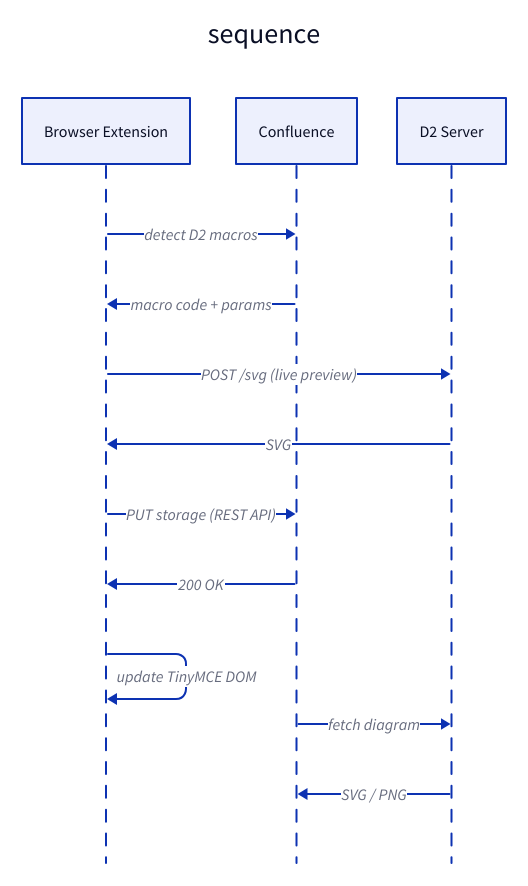
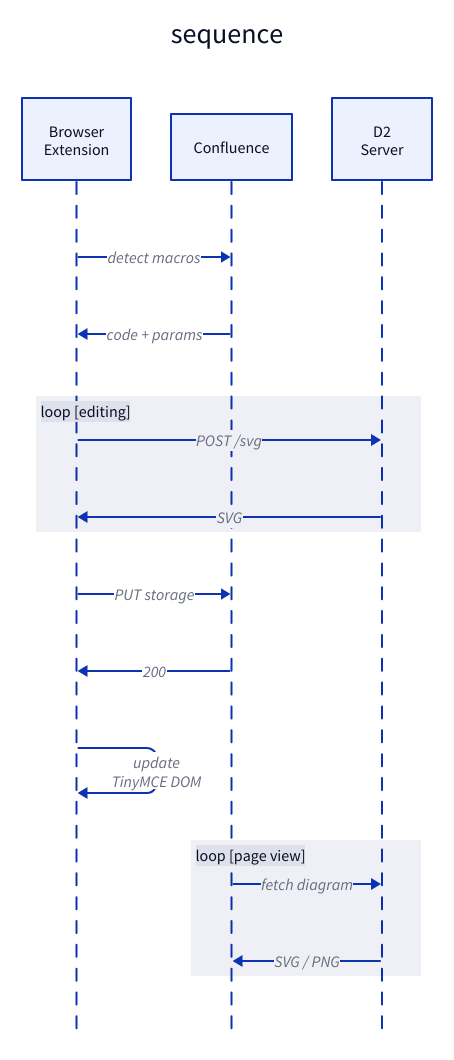
One commit to veschin/d2-web-extension changed the diagram in docs/architecture.d2. Above: the diagram before and after it, drawn with D2. The commit also changed 1 other file, not shown here.

Commit message:
docs: sequence diagram with styled actors and loop groups

```diff
--- a/docs/architecture.d2
+++ b/docs/architecture.d2
@@ -1,26 +1,32 @@
 sequence: {
   shape: sequence_diagram
 
-  ext: Browser Extension
-  confluence: Confluence
-  d2server: D2 Server
+  mf_extension: "Browser\nExtension"
+  ex_confluence: Confluence
+  j_d2_server: "D2\nServer"
 
-  # Page load
-  ext -> confluence: detect D2 macros
-  confluence -> ext: macro code + params
+  # Page load (once)
+  mf_extension -> ex_confluence: detect macros
+  ex_confluence -> mf_extension: code + params
 
-  # Edit
-  ext -> d2server: POST /svg (live preview)
-  d2server -> ext: SVG
+  # Edit loop
+  edit: {
+    label: "loop [editing]"
+    mf_extension -> j_d2_server: "POST /svg"
+    j_d2_server -> mf_extension: SVG
+  }
 
   # Save (view mode)
-  ext -> confluence: PUT storage (REST API)
-  confluence -> ext: 200 OK
+  mf_extension -> ex_confluence: "PUT storage"
+  ex_confluence -> mf_extension: 200
 
   # Save (edit mode)
-  ext -> ext: update TinyMCE DOM
+  mf_extension -> mf_extension: "update\nTinyMCE DOM"
 
-  # Without extension
-  confluence -> d2server: fetch diagram
-  d2server -> confluence: SVG / PNG
+  # Macro render (without extension)
+  render: {
+    label: "loop [page view]"
+    ex_confluence -> j_d2_server: "fetch diagram"
+    j_d2_server -> ex_confluence: "SVG / PNG"
+  }
 }
```
